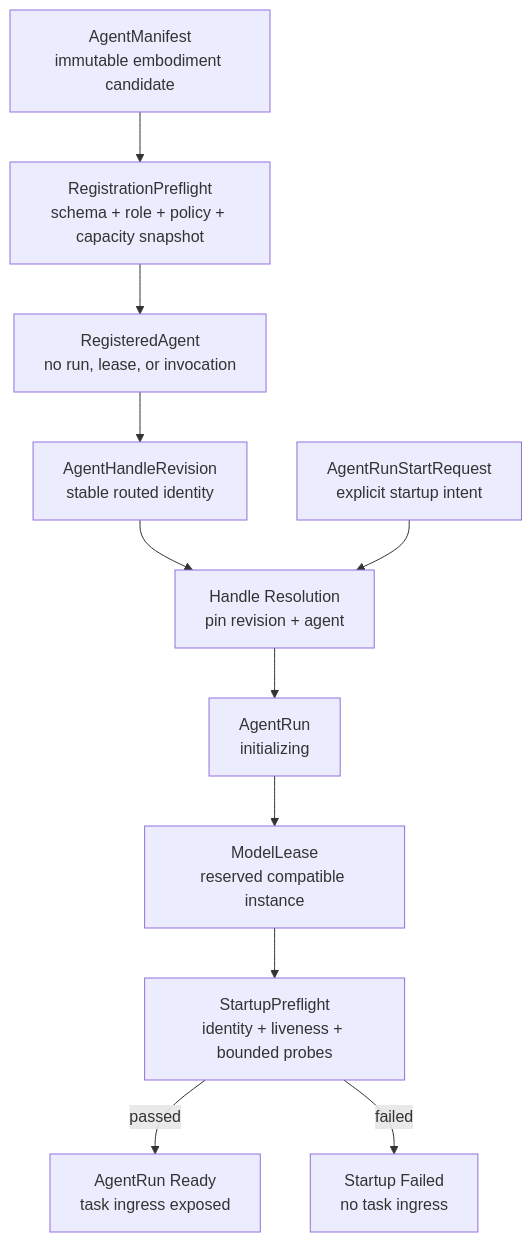
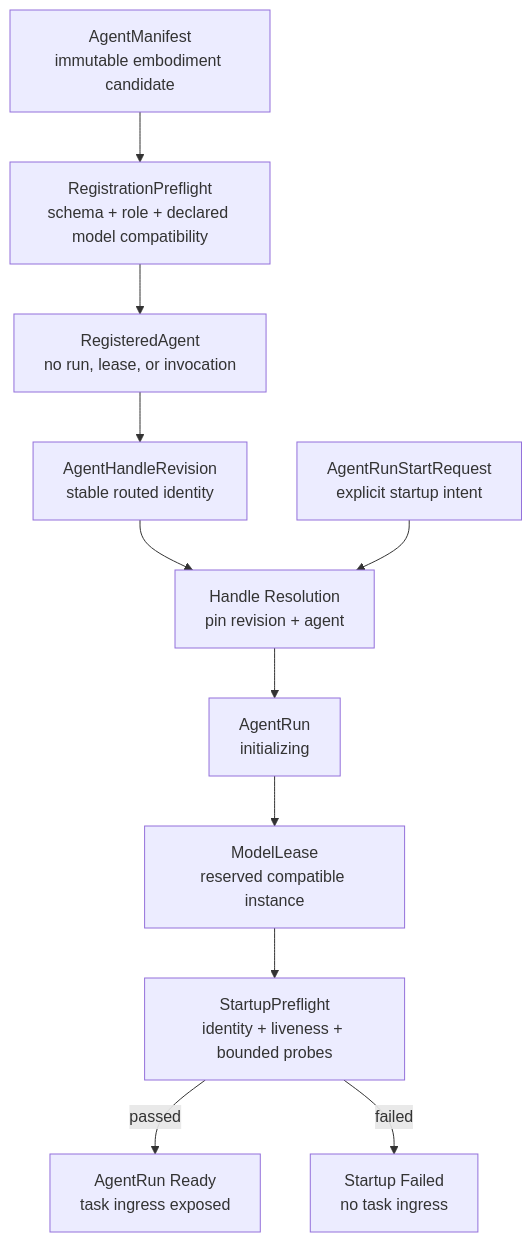
Before and after one commit to ieverythng/universal-agentic-harness: the third of 11 diagrams in docs/architecture/universal_agentic_harness_foundation.md, drawn with Mermaid. The commit also changed other lines of this file and 369 other files, not shown here.

````diff
--- a/docs/architecture/universal_agentic_harness_foundation.md
+++ b/docs/architecture/universal_agentic_harness_foundation.md
@@ -263,25 +265,25 @@
 ```mermaid
 %% uah-render: Figure 1C. Registration validates; startup acquires model capacity
 flowchart TB
     Manifest["AgentManifest<br/>immutable embodiment candidate"]:::identity
-    Registration["RegistrationPreflight<br/>schema + role + policy + capacity snapshot"]:::gate
+    Registration["RegistrationPreflight<br/>schema + role + declared model compatibility"]:::gate
     Registered["RegisteredAgent<br/>no run, lease, or invocation"]:::semantic
     Handle["AgentHandleRevision<br/>stable routed identity"]:::identity
     Start["AgentRunStartRequest<br/>explicit startup intent"]:::proposal
     Resolve["Handle Resolution<br/>pin revision + agent"]:::gate
     Run["AgentRun<br/>initializing"]:::identity
     Lease["ModelLease<br/>reserved compatible instance"]:::execution
     Startup["StartupPreflight<br/>identity + liveness + bounded probes"]:::gate
     Ready["AgentRun Ready<br/>task ingress exposed"]:::evidence
     Failed["Startup Failed<br/>no task ingress"]:::domain
     Manifest --> Registration
     Registration --> Registered
     Registered --> Handle
     Handle --> Resolve
     Start --> Resolve
     Resolve --> Run
     Run --> Lease
     Lease --> Startup
     Startup -->|passed| Ready
     Startup -->|failed| Failed
 ```
````
